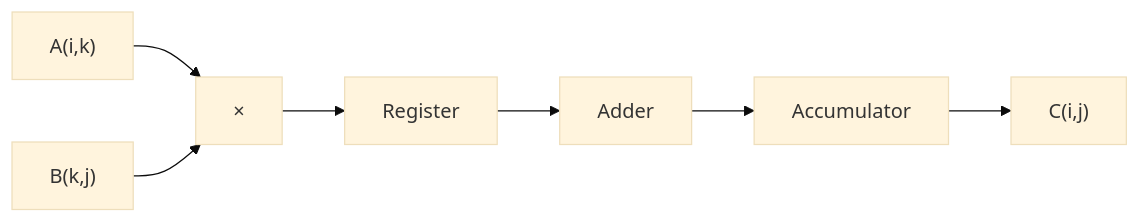
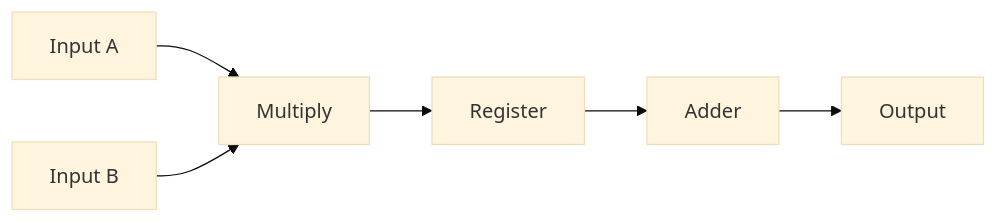
Before and after one commit to siddhaantxsingh/Comparative-Analysis-Of-Different-Kind-of-Matrix-Multipliers-Using-Verilog: the third of 3 diagrams in README.md, drawn with Mermaid (base theme). The commit also changed other lines of this file, not shown here.

````diff
--- a/README.md
+++ b/README.md
@@ -75,11 +64,9 @@
 ```mermaid
 flowchart LR
-    A["A(i,k)"] --> M["×"]
-    B["B(k,j)"] --> M
+    A["Input A"] --> M["Multiply"]
+    B["Input B"] --> M
 
     M --> R["Register"]
     R --> ADD["Adder"]
-    ADD --> ACC["Accumulator"]
-
-    ACC --> OUT["C(i,j)"]
+    ADD --> OUT["Output"]
 ```
````
